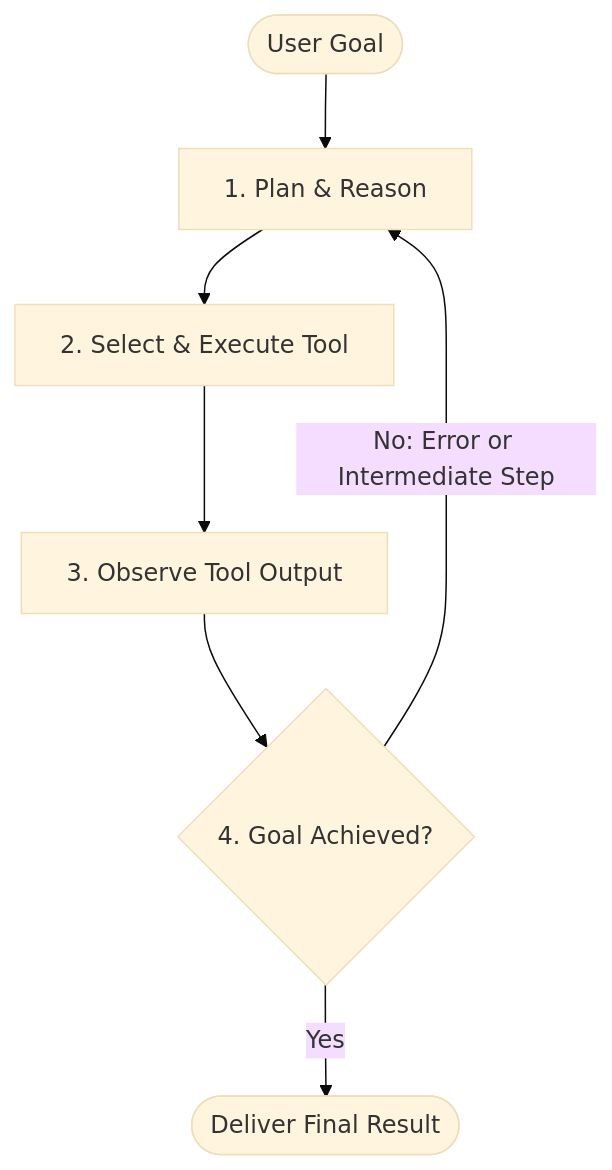
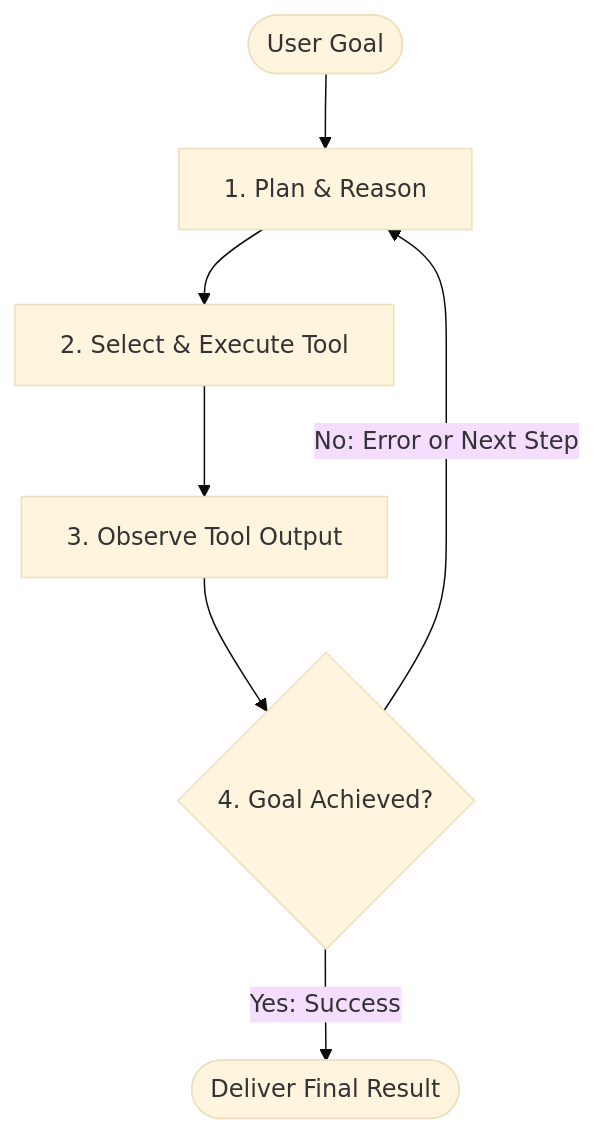
One commit to kumaratul60/System-Design changed the sixth of 8 diagrams in cheatsheets/AI_Engineering_Cheatsheet.md. Above: the diagram before and after it, drawn with Mermaid (base theme). The commit also changed other lines of this file and 2 other files, not shown here.

Commit message:
fix: update mermaid diagrams for improved clarity and consistency

````diff
--- a/cheatsheets/AI_Engineering_Cheatsheet.md
+++ b/cheatsheets/AI_Engineering_Cheatsheet.md
@@ -606,9 +606,9 @@
 ```mermaid
 flowchart TD
-    Start([User Goal]) --> Plan[1. Plan & Reason]
-    Plan --> Action[2. Select & Execute Tool]
-    Action --> Observe[3. Observe Tool Output]
-    Observe --> Reflect{4. Goal Achieved?}
-    Reflect -->|No: Error or Intermediate Step| Plan
-    Reflect -->|Yes| Done([Deliver Final Result])
+    Start(["User Goal"]) --> Plan["1. Plan & Reason"]
+    Plan --> Action["2. Select & Execute Tool"]
+    Action --> Observe["3. Observe Tool Output"]
+    Observe --> Reflect{"4. Goal Achieved?"}
+    Reflect -->|"No: Error or Next Step"| Plan
+    Reflect -->|"Yes: Success"| Done(["Deliver Final Result"])
 ```
````
